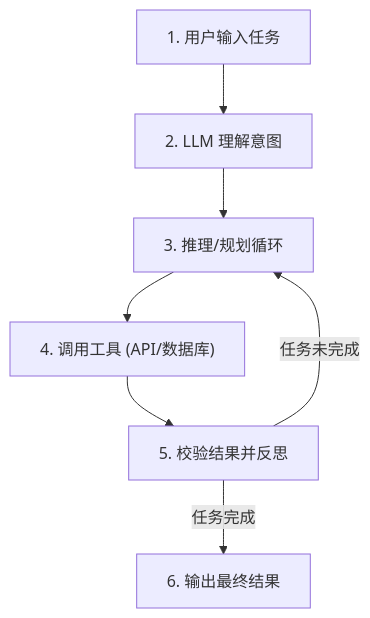
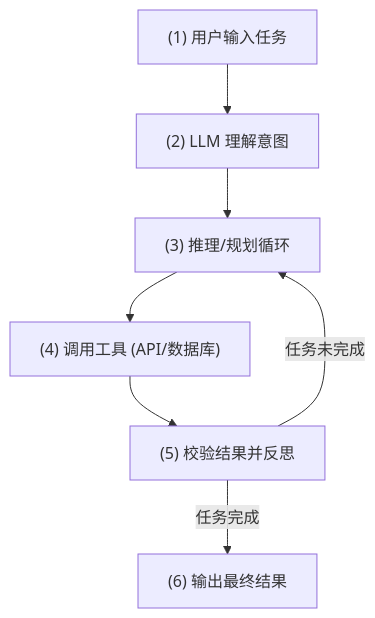
Before and after one commit to yrong/notes: the diagram in content/post/2026-07-06-ultimate-llm-agent-build-guide.md, drawn with Mermaid.

Commit message:
fix: change Mermaid node labels to use parenthesis to prevent markdown list parser errors

````diff
--- a/content/post/2026-07-06-ultimate-llm-agent-build-guide.md
+++ b/content/post/2026-07-06-ultimate-llm-agent-build-guide.md
@@ -33,9 +33,9 @@
 ```mermaid
 graph TD
-    User[1. 用户输入任务] --> Interpret[2. LLM 理解意图]
-    Interpret --> Plan[3. 推理/规划循环]
-    Plan --> Tools["4. 调用工具 (API/数据库)"]
-    Tools --> Check[5. 校验结果并反思]
+    User["(1) 用户输入任务"] --> Interpret["(2) LLM 理解意图"]
+    Interpret --> Plan["(3) 推理/规划循环"]
+    Plan --> Tools["(4) 调用工具 (API/数据库)"]
+    Tools --> Check["(5) 校验结果并反思"]
     Check -->|任务未完成| Plan
-    Check -->|任务完成| Finish[6. 输出最终结果]
+    Check -->|任务完成| Finish["(6) 输出最终结果"]
 ```
````
